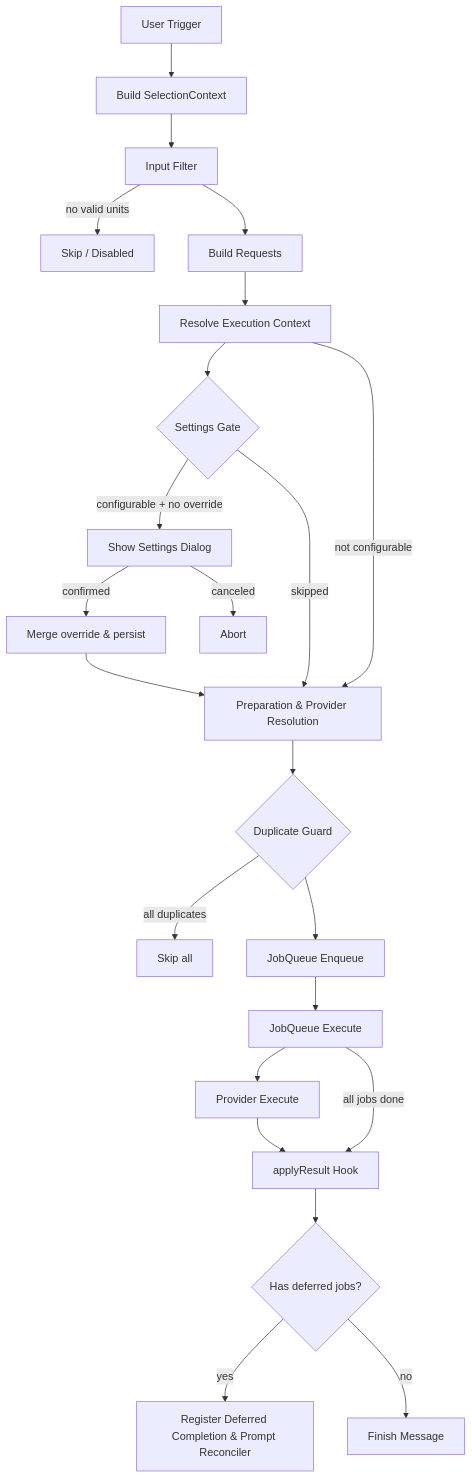
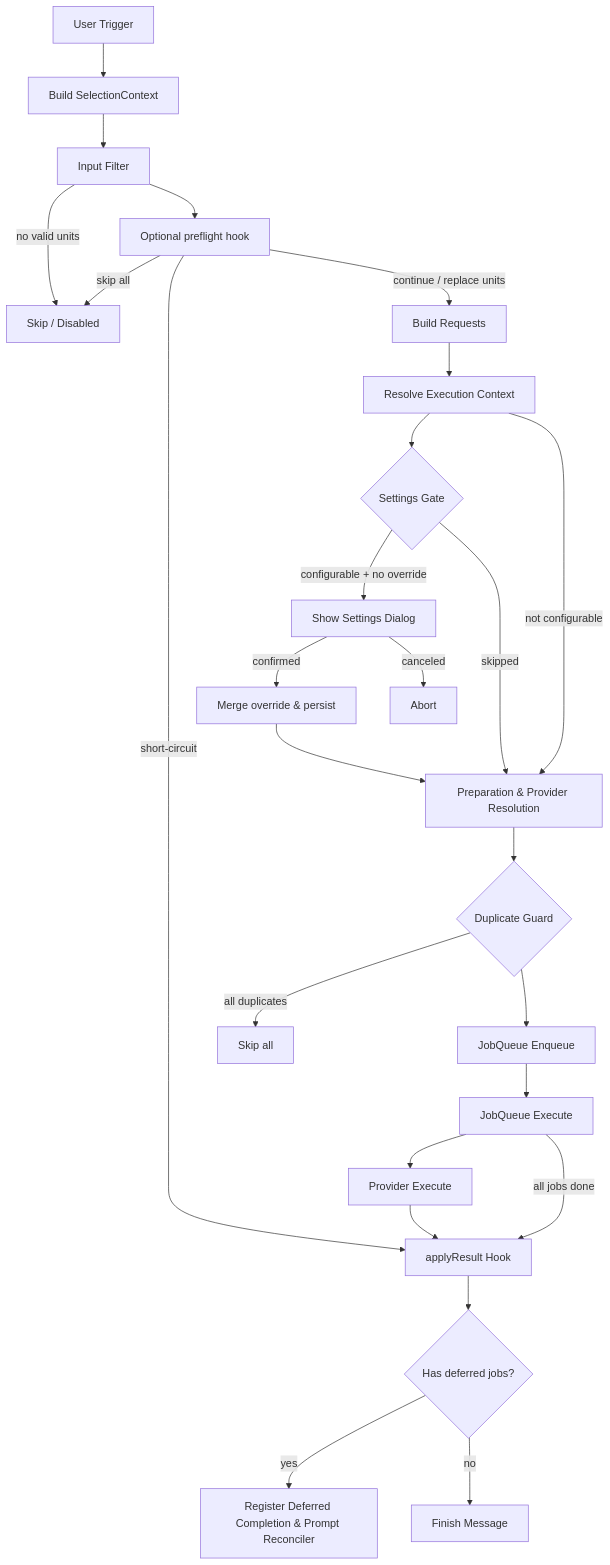
The diagram in doc/architecture-flow.md (leike0813/zotero-agents), drawn with Mermaid before and after one commit. The commit also changed other lines of this file and 30 other files, not shown here.

Commit message:
Add new preflight hook for workflow execution pipeline

````diff
--- a/doc/architecture-flow.md
+++ b/doc/architecture-flow.md
@@ -9,25 +9,28 @@
 ```mermaid
 flowchart TD
   A[User Trigger] --> B[Build SelectionContext]
   B --> C[Input Filter]
   C -->|no valid units| C1[Skip / Disabled]
-  C --> D[Build Requests]
+  C --> C2[Optional preflight hook]
+  C2 -->|skip all| C1
+  C2 -->|short-circuit| L
+  C2 -->|continue / replace units| D[Build Requests]
   D --> E[Resolve Execution Context]
   E --> F{Settings Gate}
   F -->|configurable + no override| F1[Show Settings Dialog]
   F1 -->|confirmed| F2[Merge override & persist]
   F1 -->|canceled| F3[Abort]
   F2 --> G[Preparation &amp; Provider Resolution]
   F -->|skipped| G
   E -->|not configurable| G
   G --> H{Duplicate Guard}
   H -->|all duplicates| H1[Skip all]
   H --> I[JobQueue Enqueue]
   I --> J[JobQueue Execute]
   J --> K[Provider Execute]
   K --> L[applyResult Hook]
   L --> M{Has deferred jobs?}
   M -->|yes| N[Register Deferred Completion &amp; Prompt Reconciler]
   M -->|no| P[Finish Message]
   J -->|all jobs done| L
 ```
````
